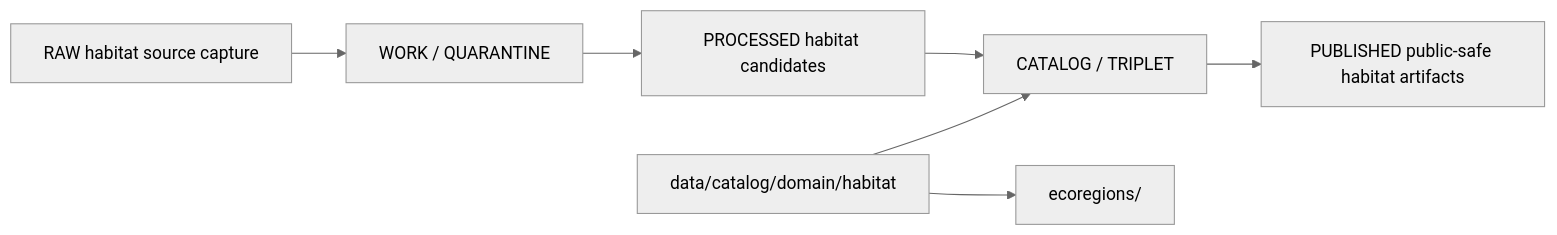
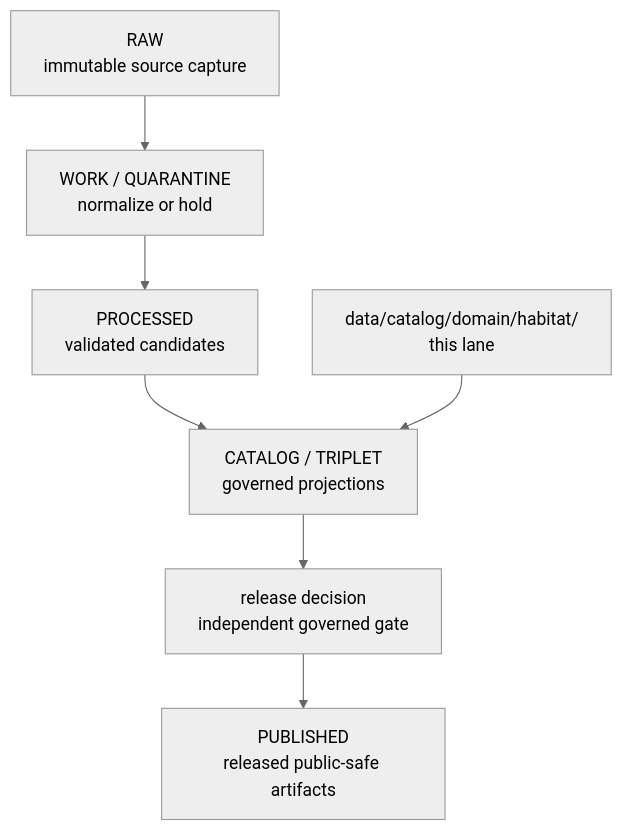
One commit to bartytime4life/Kansas-Frontier-Matrix changed the diagram in data/catalog/domain/habitat/README.md. Above: the diagram before and after it, drawn with Mermaid (neutral theme). The commit also changed other lines of this file, not shown here.

Commit message:
Modernize Habitat domain catalog README

````diff
--- a/data/catalog/domain/habitat/README.md
+++ b/data/catalog/domain/habitat/README.md
@@ -69,9 +309,9 @@
 ```mermaid
-flowchart LR
-  RAW[RAW habitat source capture] --> WORK[WORK / QUARANTINE]
-  WORK --> PROCESSED[PROCESSED habitat candidates]
-  PROCESSED --> CATALOG[CATALOG / TRIPLET]
-  CATALOG --> PUBLISHED[PUBLISHED public-safe habitat artifacts]
-  DOMAIN[data/catalog/domain/habitat] --> CATALOG
-  DOMAIN --> ECO[ecoregions/]
+flowchart TD
+    RAW["RAW<br/>immutable source capture"] --> WQ["WORK / QUARANTINE<br/>normalize or hold"]
+    WQ --> PROC["PROCESSED<br/>validated candidates"]
+    PROC --> CAT["CATALOG / TRIPLET<br/>governed projections"]
+    CAT --> REL["release decision<br/>independent governed gate"]
+    REL --> PUB["PUBLISHED<br/>released public-safe artifacts"]
+    LANE["data/catalog/domain/habitat/<br/>this lane"] --> CAT
 ```
````
